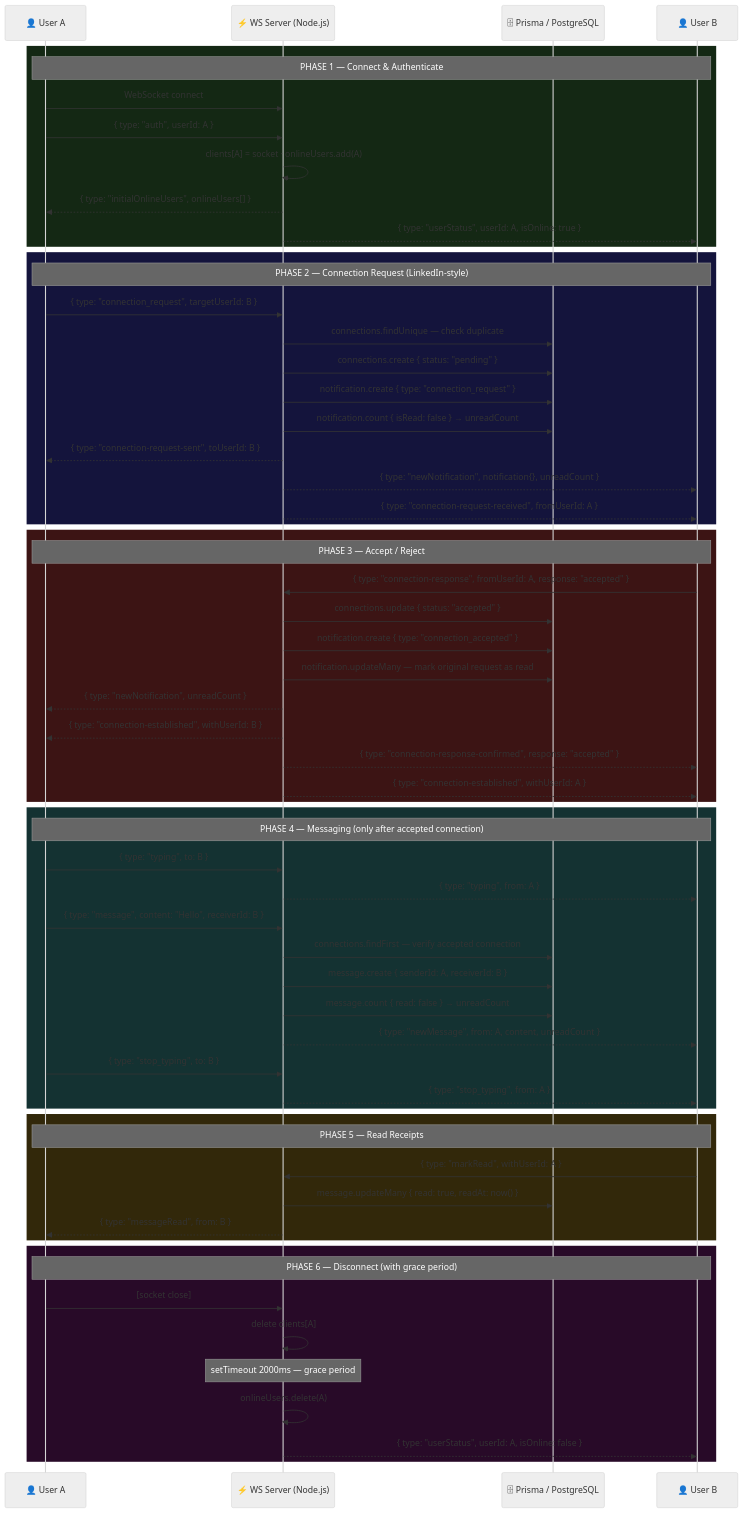
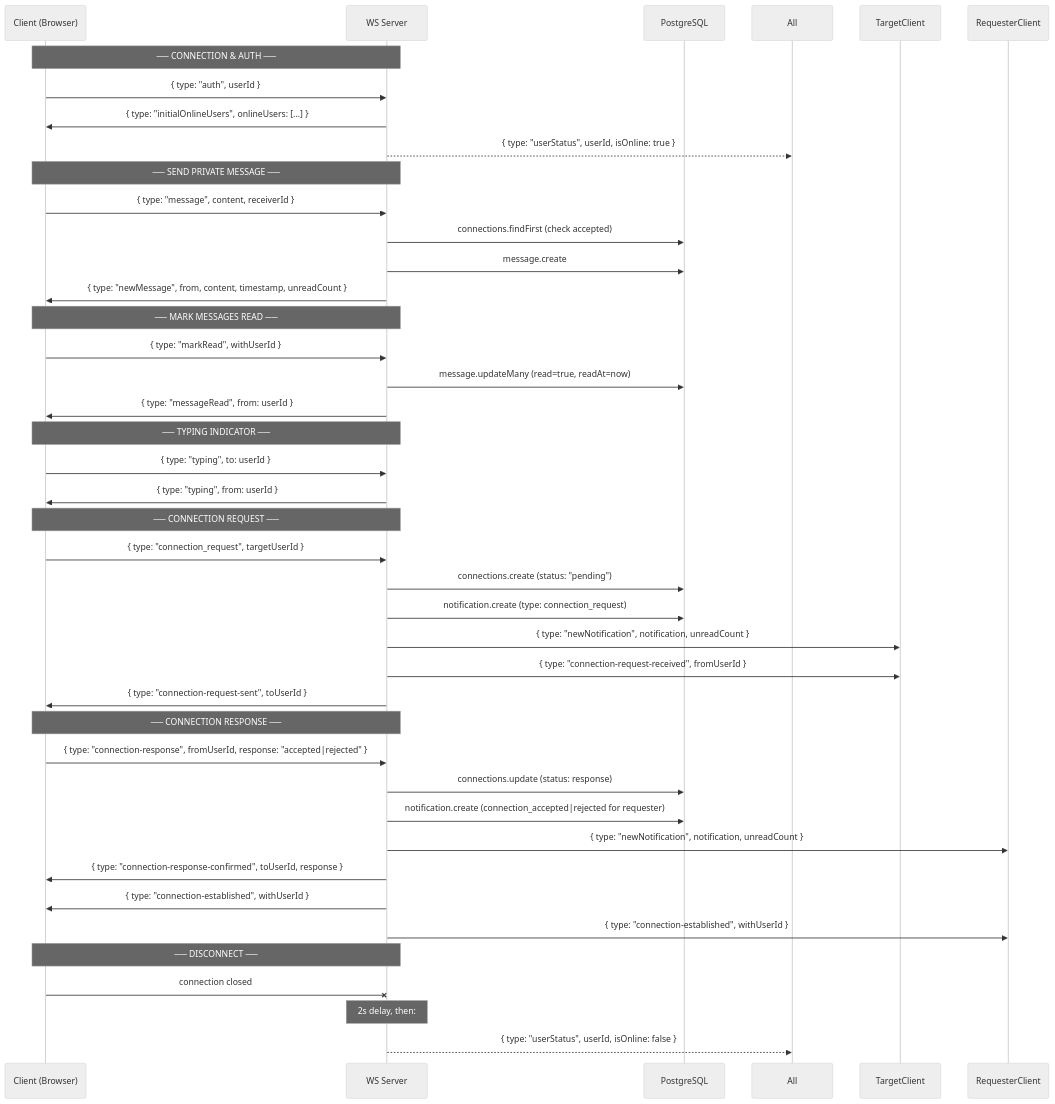
The third of 6 diagrams in README.md (ayushgarg2005/Chat-Application), drawn with Mermaid (neutral theme) before and after one commit. The commit also changed other lines of this file, not shown here.

Commit message:
Update print statement from 'Hello' to 'Goodbye'

````diff
--- a/README.md
+++ b/README.md
@@ -206,71 +207,48 @@
 ```mermaid
 sequenceDiagram
-    participant UA as 👤 User A
-    participant SRV as ⚡ WS Server (Node.js)
-    participant DB  as 🗄 Prisma / PostgreSQL
-    participant UB  as 👤 User B
+    participant C as Client (Browser)
+    participant S as WS Server
+    participant DB as PostgreSQL
 
-    rect rgb(20, 40, 20)
-        Note over UA,UB: PHASE 1 — Connect & Authenticate
-        UA->>SRV: WebSocket connect
-        UA->>SRV: { type: "auth", userId: A }
-        SRV->>SRV: clients[A] = socket · onlineUsers.add(A)
-        SRV-->>UA: { type: "initialOnlineUsers", onlineUsers[] }
-        SRV-->>UB: { type: "userStatus", userId: A, isOnline: true }
-    end
+    Note over C,S: ── CONNECTION & AUTH ──
+    C->>S: { type: "auth", userId }
+    S->>C: { type: "initialOnlineUsers", onlineUsers: [...] }
+    S-->>All: { type: "userStatus", userId, isOnline: true }
 
-    rect rgb(20, 20, 60)
-        Note over UA,UB: PHASE 2 — Connection Request (LinkedIn-style)
-        UA->>SRV: { type: "connection_request", targetUserId: B }
-        SRV->>DB: connections.findUnique — check duplicate
-        SRV->>DB: connections.create { status: "pending" }
-        SRV->>DB: notification.create { type: "connection_request" }
-        SRV->>DB: notification.count { isRead: false } → unreadCount
-        SRV-->>UA: { type: "connection-request-sent", toUserId: B }
-        SRV-->>UB: { type: "newNotification", notification{}, unreadCount }
-        SRV-->>UB: { type: "connection-request-received", fromUserId: A }
-    end
+    Note over C,S: ── SEND PRIVATE MESSAGE ──
+    C->>S: { type: "message", content, receiverId }
+    S->>DB: connections.findFirst (check accepted)
+    S->>DB: message.create
+    S->>C: { type: "newMessage", from, content, timestamp, unreadCount }
 
-    rect rgb(60, 20, 20)
-        Note over UA,UB: PHASE 3 — Accept / Reject
-        UB->>SRV: { type: "connection-response", fromUserId: A, response: "accepted" }
-        SRV->>DB: connections.update { status: "accepted" }
-        SRV->>DB: notification.create { type: "connection_accepted" }
-        SRV->>DB: notification.updateMany — mark original request as read
-        SRV-->>UA: { type: "newNotification", unreadCount }
-        SRV-->>UA: { type: "connection-established", withUserId: B }
-        SRV-->>UB: { type: "connection-response-confirmed", response: "accepted" }
-        SRV-->>UB: { type: "connection-established", withUserId: A }
-    end
+    Note over C,S: ── MARK MESSAGES READ ──
+    C->>S: { type: "markRead", withUserId }
+    S->>DB: message.updateMany (read=true, readAt=now)
+    S->>C: { type: "messageRead", from: userId }
 
-    rect rgb(20, 50, 50)
-        Note over UA,UB: PHASE 4 — Messaging (only after accepted connection)
-        UA->>SRV: { type: "typing", to: B }
-        SRV-->>UB: { type: "typing", from: A }
+    Note over C,S: ── TYPING INDICATOR ──
+    C->>S: { type: "typing", to: userId }
+    S->>C: { type: "typing", from: userId }
 
-        UA->>SRV: { type: "message", content: "Hello", receiverId: B }
-        SRV->>DB: connections.findFirst — verify accepted connection
-        SRV->>DB: message.create { senderId: A, receiverId: B }
-        SRV->>DB: message.count { read: false } → unreadCount
-        SRV-->>UB: { type: "newMessage", from: A, content, unreadCount }
+    Note over C,S: ── CONNECTION REQUEST ──
+    C->>S: { type: "connection_request", targetUserId }
+    S->>DB: connections.create (status: "pending")
+    S->>DB: notification.create (type: connection_request)
+    S->>TargetClient: { type: "newNotification", notification, unreadCount }
+    S->>TargetClient: { type: "connection-request-received", fromUserId }
+    S->>C: { type: "connection-request-sent", toUserId }
 
-        UA->>SRV: { type: "stop_typing", to: B }
-        SRV-->>UB: { type: "stop_typing", from: A }
-    end
+    Note over C,S: ── CONNECTION RESPONSE ──
+    C->>S: { type: "connection-response", fromUserId, response: "accepted|rejected" }
+    S->>DB: connections.update (status: response)
+    S->>DB: notification.create (connection_accepted|rejected for requester)
+    S->>RequesterClient: { type: "newNotification", notification, unreadCount }
+    S->>C: { type: "connection-response-confirmed", toUserId, response }
+    S->>C: { type: "connection-established", withUserId }
+    S->>RequesterClient: { type: "connection-established", withUserId }
 
-    rect rgb(50, 40, 10)
-        Note over UA,UB: PHASE 5 — Read Receipts
-        UB->>SRV: { type: "markRead", withUserId: A }
-        SRV->>DB: message.updateMany { read: true, readAt: now() }
-        SRV-->>UA: { type: "messageRead", from: B }
-    end
-
-    rect rgb(40, 10, 40)
-        Note over UA,UB: PHASE 6 — Disconnect (with grace period)
-        UA->>SRV: [socket close]
-        SRV->>SRV: delete clients[A]
-        Note over SRV: setTimeout 2000ms — grace period
-        SRV->>SRV: onlineUsers.delete(A)
-        SRV-->>UB: { type: "userStatus", userId: A, isOnline: false }
-    end
+    Note over C,S: ── DISCONNECT ──
+    C-XS: connection closed
+    Note over S: 2s delay, then:
+    S-->>All: { type: "userStatus", userId, isOnline: false }
 ```
````
